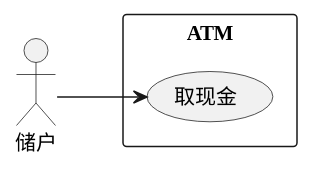
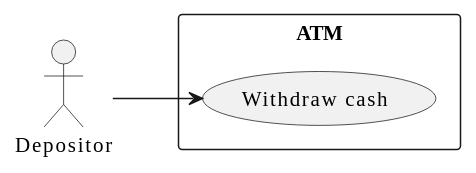
Before and after one commit to cpd13868584/abcd: the first of 6 diagrams in shared/references/diagram-syntax.md, drawn with PlantUML. The commit also changed other lines of this file and 13 other files, not shown here.

````diff
--- a/shared/references/diagram-syntax.md
+++ b/shared/references/diagram-syntax.md
@@ -23,10 +23,10 @@
 ```plantuml
 @startuml
 left to right direction
-actor 储户 as A1
+actor Depositor as A1
 rectangle ATM {
-  usecase "取现金" as UC1
+  usecase "Withdraw cash" as UC1
 }
 A1 --> UC1
 @enduml
 ```
````
